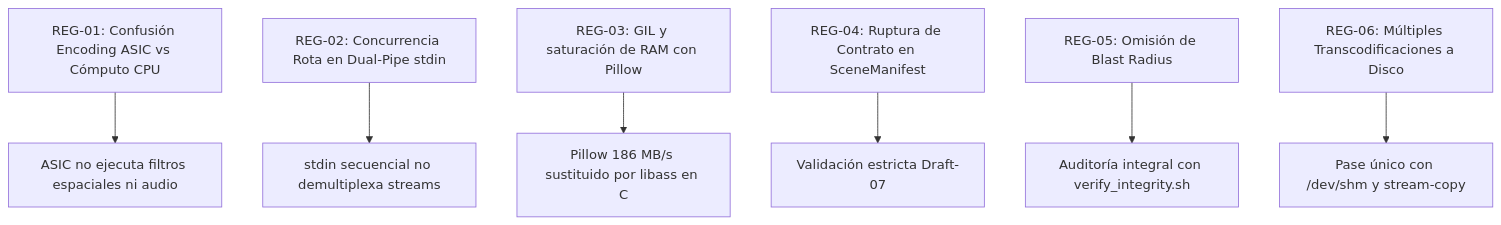
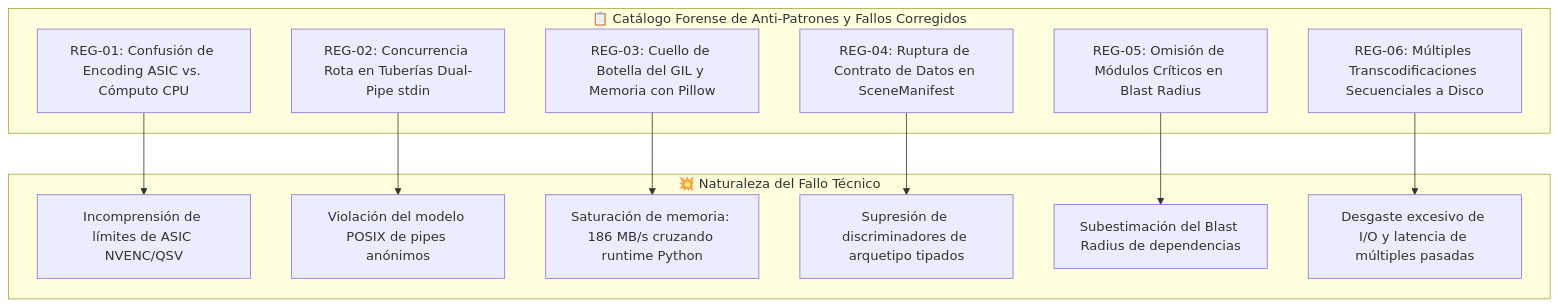
The first of 5 diagrams in docs/PLAN_MAESTRO_PIPELINE_VISUAL.md (soyaelithia-ui/yt-auto), drawn with Mermaid before and after one commit. The commit also changed other lines of this file and 81 other files, not shown here.

Commit message:
chore: prune legacy graphics and enable cookie uploads

````diff
--- a/docs/PLAN_MAESTRO_PIPELINE_VISUAL.md
+++ b/docs/PLAN_MAESTRO_PIPELINE_VISUAL.md
@@ -18,9 +18,27 @@
 ```mermaid
 graph TD
-    REG01["REG-01: Confusión Encoding ASIC vs Cómputo CPU"] --> C1["ASIC no ejecuta filtros espaciales ni audio"]
-    REG02["REG-02: Concurrencia Rota en Dual-Pipe stdin"] --> C2["stdin secuencial no demultiplexa streams"]
-    REG03["REG-03: GIL y saturación de RAM con Pillow"] --> C3["Pillow 186 MB/s sustituido por libass en C"]
-    REG04["REG-04: Ruptura de Contrato en SceneManifest"] --> C4["Validación estricta Draft-07"]
-    REG05["REG-05: Omisión de Blast Radius"] --> C5["Auditoría integral con verify_integrity.sh"]
-    REG06["REG-06: Múltiples Transcodificaciones a Disco"] --> C6["Pase único con /dev/shm y stream-copy"]
+    subgraph REGISTRO["📋 Catálogo Forense de Anti-Patrones y Fallos Corregidos"]
+        REG01["REG-01: Confusión de Encoding ASIC vs. Cómputo CPU"]
+        REG02["REG-02: Concurrencia Rota en Tuberías Dual-Pipe stdin"]
+        REG03["REG-03: Cuello de Botella del GIL y Memoria con Pillow"]
+        REG04["REG-04: Ruptura de Contrato de Datos en SceneManifest"]
+        REG05["REG-05: Omisión de Módulos Críticos en Blast Radius"]
+        REG06["REG-06: Múltiples Transcodificaciones Secuenciales a Disco"]
+    end
+
+    subgraph CAUSA["💥 Naturaleza del Fallo Técnico"]
+        C1["Incomprensión de límites de ASIC NVENC/QSV"]
+        C2["Violación del modelo POSIX de pipes anónimos"]
+        C3["Saturación de memoria: 186 MB/s cruzando runtime Python"]
+        C4["Supresión de discriminadores de arquetipo tipados"]
+        C5["Subestimación del Blast Radius de dependencias"]
+        C6["Desgaste excesivo de I/O y latencia de múltiples pasadas"]
+    end
+
+    REG01 --> C1
+    REG02 --> C2
+    REG03 --> C3
+    REG04 --> C4
+    REG05 --> C5
+    REG06 --> C6
 ```
````
